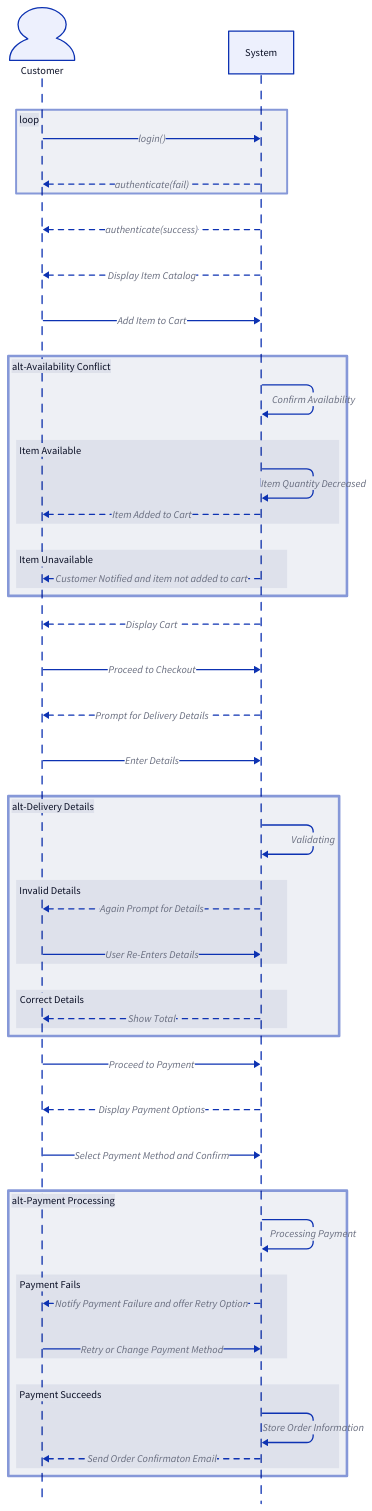
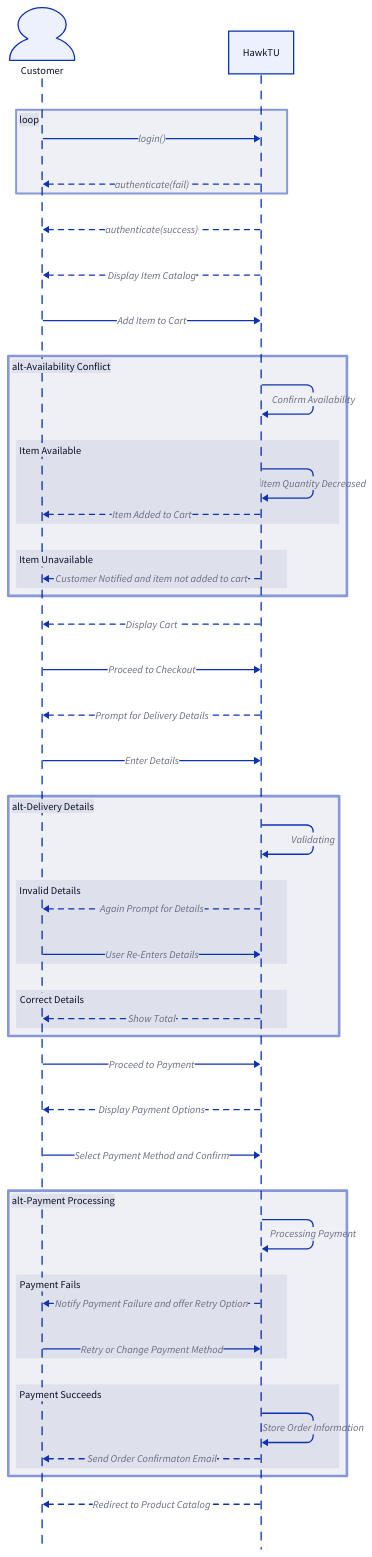
Before and after one commit to Arqamz/hawktu-logistics: the diagram in documentation/diagrams/system-sequence.d2, drawn with D2. The commit also changed 1 other file, not shown here.

```diff
--- a/documentation/diagrams/system-sequence.d2
+++ b/documentation/diagrams/system-sequence.d2
@@ -1,113 +1,118 @@
 shape: sequence_diagram
 
 Customer: Customer {shape:person}
-System: System
+System: HawkTU 
 
 loop {
     Customer -> System: "login()"
     System -> Customer: "authenticate(fail)" {
         style: {
             stroke-dash:4
         }
     }
     style: {
         stroke-width: 3
     }
 }
 System -> Customer: "authenticate(success)" {
     style: {
         stroke-dash: 4
     }
 }
 System -> Customer: "Display Item Catalog" {
     style: {
         stroke-dash: 4
     }
 }
 Customer -> System: "Add Item to Cart"
 
 alt1 label: "alt-Availability Conflict"{
     style:{
         stroke-width:4
     }
     System -> System: "Confirm Availability"
     if label: "Item Available"{
         System -> System: "Item Quantity Decreased"
         System -> Customer: "Item Added to Cart " {
         style: {
             stroke-dash: 4
         }
     }
     }
     else label: "Item Unavailable"{
         System -> Customer: "Customer Notified and item not added to cart" {
             style: {
                 stroke-dash: 4
             }
         }
     }
 }
 System -> Customer: "Display Cart" {
     style: {
         stroke-dash:4
     }
 }
 Customer -> System: "Proceed to Checkout"
 
 System -> Customer: "Prompt for Delivery Details" {
     style: {
         stroke-dash:4
     }
 }
 Customer -> System: "Enter Details"
 alt label:"alt-Delivery Details"{
     System -> System: "Validating"
     if label:"Invalid Details"{
         System -> Customer: "Again Prompt for Details" {
             style: {
                 stroke-dash:4
             }
     }
     Customer -> System: "User Re-Enters Details"  
 }
 else label:"Correct Details"{
     System -> Customer: "Show Total" {
         style: {
             stroke-dash:4
         }
 }
 }
 style:{
     stroke-width:4
 }
 }
 Customer -> System :"Proceed to Payment"
 System -> Customer: "Display Payment Options" {
     style: {
         stroke-dash:4
     }
 }
 Customer -> System :"Select Payment Method and Confirm"
 
 alt2 label:"alt-Payment Processing"{
     System -> System: "Processing Payment"
     if label:"Payment Fails"{
         System -> Customer: "Notify Payment Failure and offer Retry Option" {
             style: {
                 stroke-dash:4
             }
     }
     Customer -> System: "Retry or Change Payment Method"  
 }
 else label:"Payment Succeeds"{
     System -> System :"Store Order Information"
     System -> Customer: "Send Order Confirmaton Email" {
         style: {
             stroke-dash:4
         }
 }
 }
 style:{
     stroke-width:4
 }
 }
+System -> Customer: "Redirect to Product Catalog" {
+  style: {
+      stroke-dash:4
+  }
+}
```
